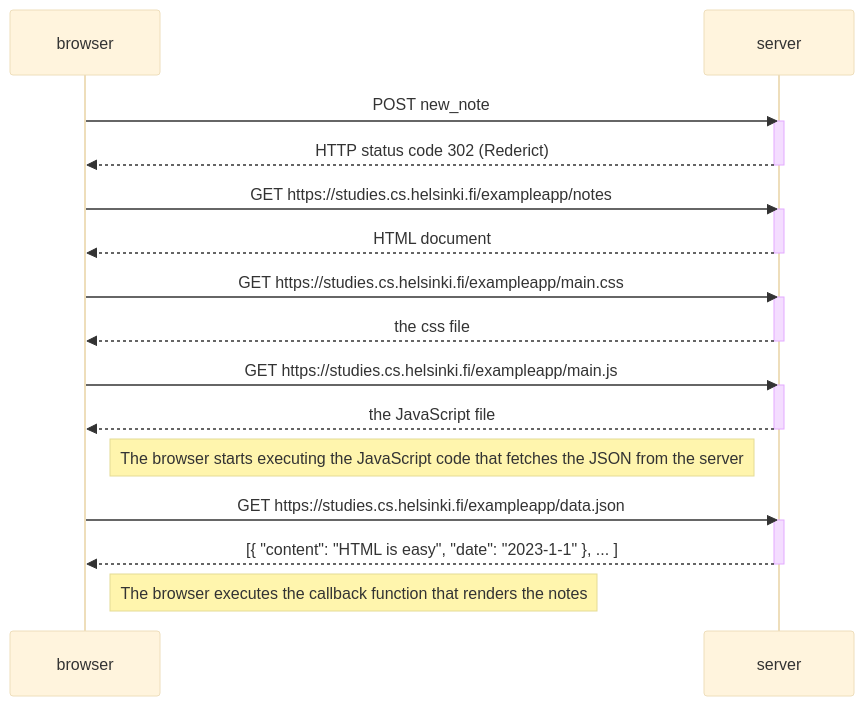
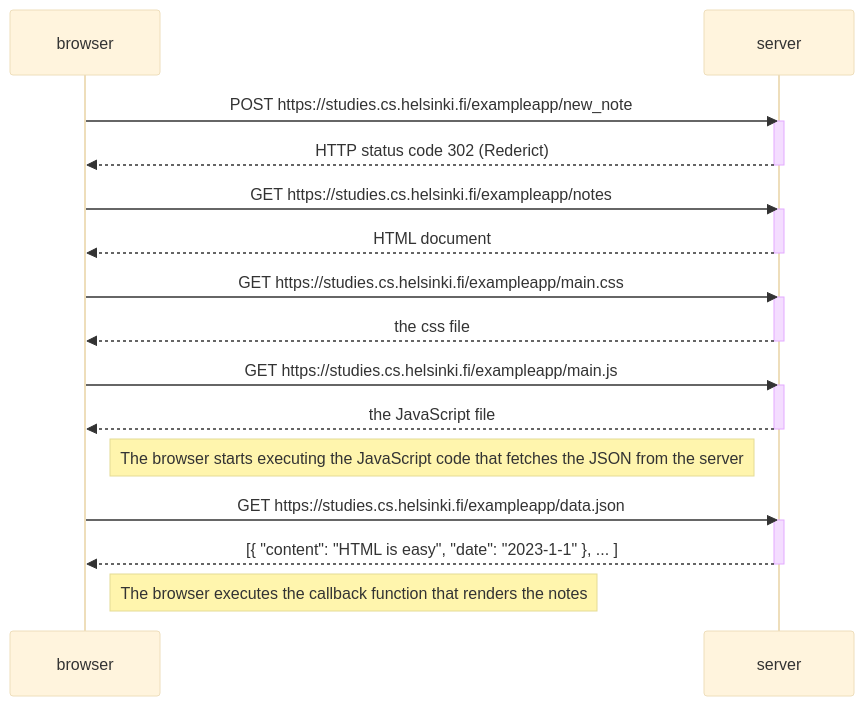
One commit to vetoffuru/FSOpenCourse changed the diagram in part0/Exercise 0.4.md. Above: the diagram before and after it, drawn with Mermaid (base theme).

Commit message:
Update Exercise 0.4.md

````diff
--- a/part0/Exercise 0.4.md
+++ b/part0/Exercise 0.4.md
@@ -3,34 +3,34 @@
 ```mermaid
 sequenceDiagram
     participant browser
     participant server
 
-    browser->>server: POST new_note
+    browser->>server: POST https://studies.cs.helsinki.fi/exampleapp/new_note
     activate server
     server-->>browser: HTTP status code 302 (Rederict)
     deactivate server
 		
-		browser->>server: GET https://studies.cs.helsinki.fi/exampleapp/notes
+    browser->>server: GET https://studies.cs.helsinki.fi/exampleapp/notes
     activate server
     server-->>browser: HTML document
     deactivate server
 
     browser->>server: GET https://studies.cs.helsinki.fi/exampleapp/main.css
     activate server
     server-->>browser: the css file
     deactivate server
 
     browser->>server: GET https://studies.cs.helsinki.fi/exampleapp/main.js
     activate server
     server-->>browser: the JavaScript file
     deactivate server
 
     Note right of browser: The browser starts executing the JavaScript code that fetches the JSON from the server
 
     browser->>server: GET https://studies.cs.helsinki.fi/exampleapp/data.json
     activate server
     server-->>browser: [{ "content": "HTML is easy", "date": "2023-1-1" }, ... ]
     deactivate server
 
     Note right of browser: The browser executes the callback function that renders the notes
 ```
````
